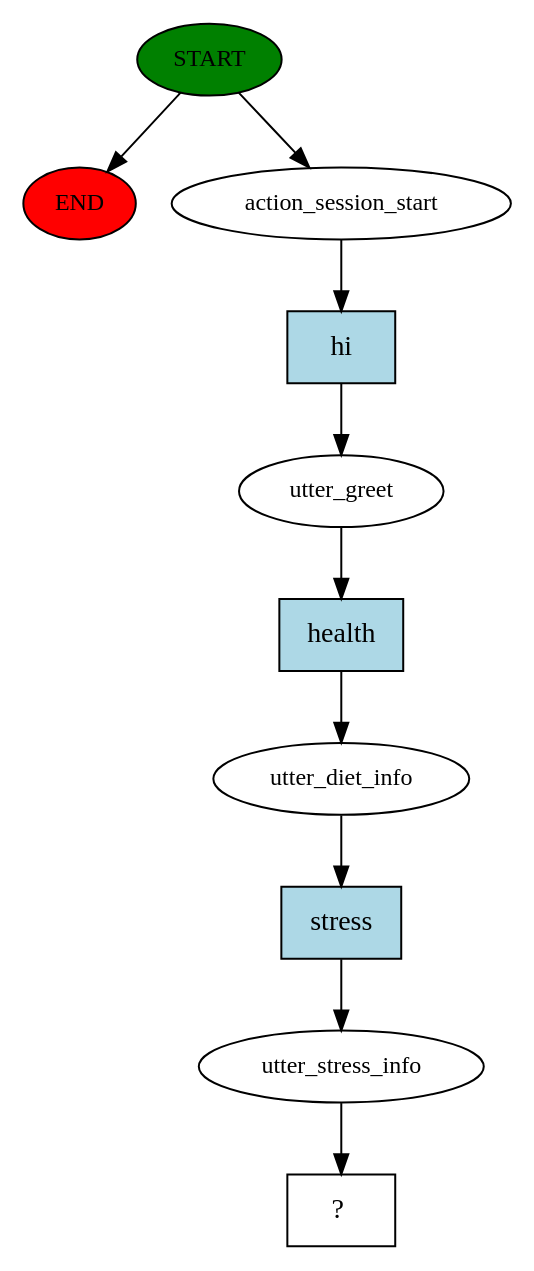
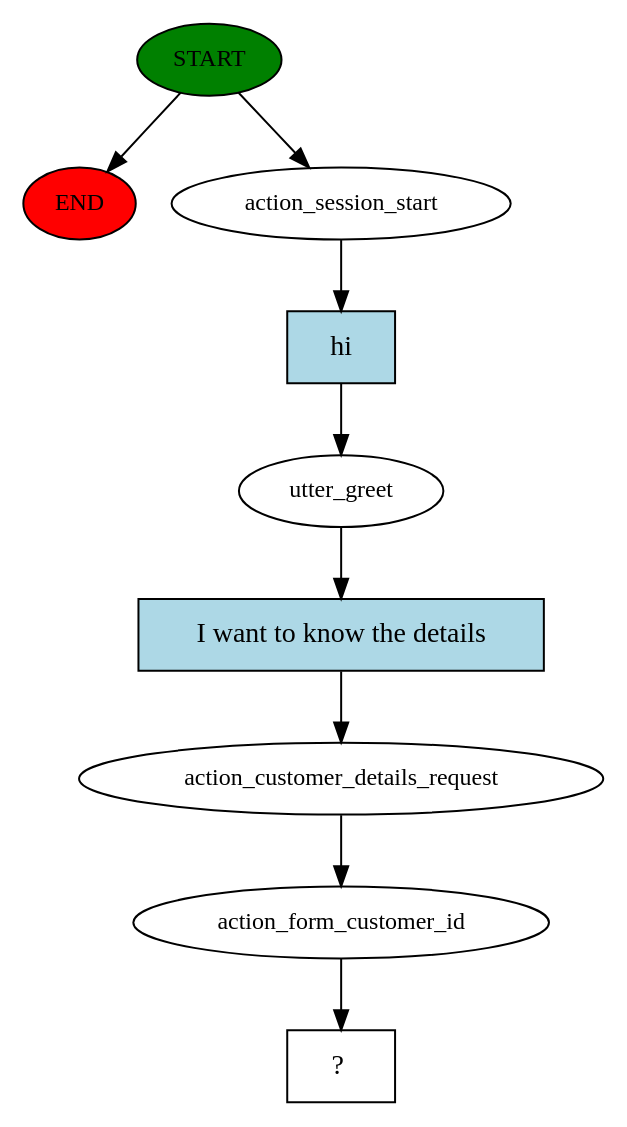
The diagram in story_graph.dot (krishnaalle/rasa-dev-tutorial), drawn with Graphviz before and after one commit. The commit also changed 18 other files, not shown here.

```diff
--- a/story_graph.dot
+++ b/story_graph.dot
@@ -1,21 +1,19 @@
 digraph  {
 0 [class="start active", fillcolor=green, fontsize=12, label=START, style=filled];
 "-1" [class=end, fillcolor=red, fontsize=12, label=END, style=filled];
 1 [class=active, fontsize=12, label=action_session_start];
 2 [class=active, fontsize=12, label=utter_greet];
-3 [class=active, fontsize=12, label=utter_diet_info];
-4 [class=active, fontsize=12, label=utter_stress_info];
+3 [class=active, fontsize=12, label=action_customer_details_request];
+4 [class=active, fontsize=12, label=action_form_customer_id];
 5 [class="intent dashed active", label="  ?  ", shape=rect];
 6 [class="intent active", fillcolor=lightblue, label=hi, shape=rect, style=filled];
-7 [class="intent active", fillcolor=lightblue, label=health, shape=rect, style=filled];
-8 [class="intent active", fillcolor=lightblue, label=stress, shape=rect, style=filled];
+7 [class="intent active", fillcolor=lightblue, label="I want to know the details", shape=rect, style=filled];
 0 -> "-1"  [class="", key=NONE, label=""];
 0 -> 1  [class=active, key=NONE, label=""];
 1 -> 6  [class=active, key=0];
 2 -> 7  [class=active, key=0];
-3 -> 8  [class=active, key=0];
+3 -> 4  [class=active, key=NONE, label=""];
 4 -> 5  [class=active, key=NONE, label=""];
 6 -> 2  [class=active, key=0];
 7 -> 3  [class=active, key=0];
-8 -> 4  [class=active, key=0];
 }
```
